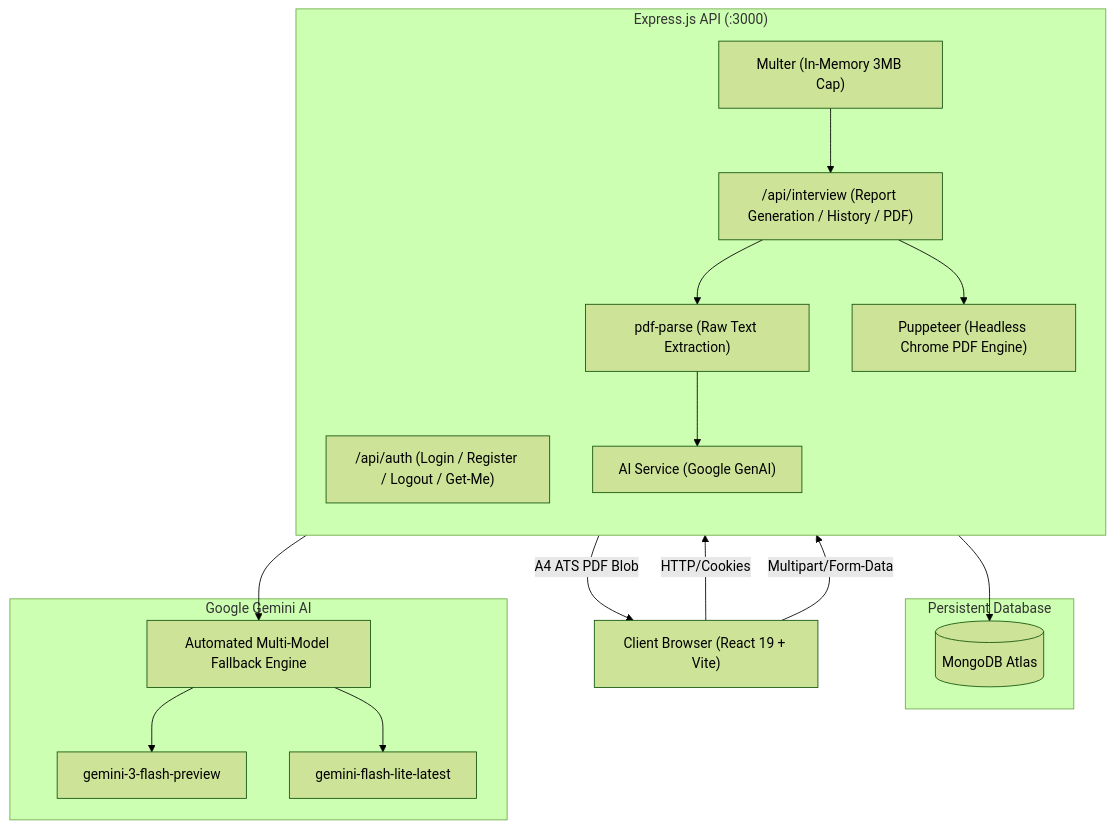
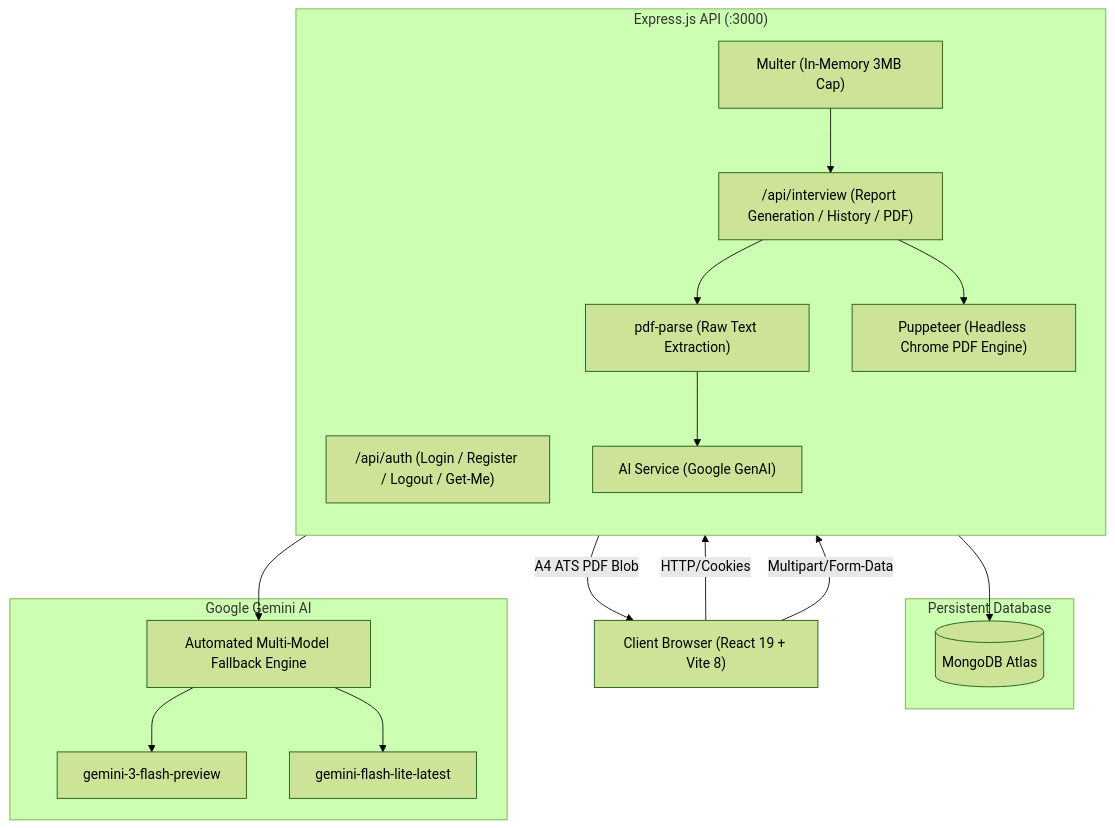
The diagram in README.md (haseebjaved4212/Interview-Ai), drawn with Mermaid (forest theme) before and after one commit. The commit also changed other lines of this file and 3 other files, not shown here.

````diff
--- a/README.md
+++ b/README.md
@@ -59,36 +66,36 @@
 ```mermaid
 flowchart TD
-    Client["Client Browser (React 19 + Vite)"]
+    Client["Client Browser (React 19 + Vite 8)"]
 
     subgraph Backend_App ["Express.js API (:3000)"]
         direction TB
         AuthRouter["/api/auth (Login / Register / Logout / Get-Me)"]
         InterviewRouter["/api/interview (Report Generation / History / PDF)"]
         Multer["Multer (In-Memory 3MB Cap)"]
         PDFExtract["pdf-parse (Raw Text Extraction)"]
         AIService["AI Service (Google GenAI)"]
         PuppeteerEngine["Puppeteer (Headless Chrome PDF Engine)"]
     end
 
     subgraph Storage ["Persistent Database"]
         MongoDB[("MongoDB Atlas")]
     end
 
     subgraph Google_AI ["Google Gemini AI"]
         Gemini3Flash["gemini-3-flash-preview"]
         GeminiFlashLite["gemini-flash-lite-latest"]
         GeminiFallback["Automated Multi-Model Fallback Engine"]
     end
 
     Client -->|HTTP/Cookies| AuthRouter
     Client -->|Multipart/Form-Data| Multer
     Multer --> InterviewRouter
     InterviewRouter --> PDFExtract
     PDFExtract --> AIService
     AIService --> GeminiFallback
     GeminiFallback --> Gemini3Flash
     GeminiFallback --> GeminiFlashLite
     InterviewRouter --> MongoDB
     InterviewRouter --> PuppeteerEngine
     PuppeteerEngine -->|A4 ATS PDF Blob| Client
 ```
````
